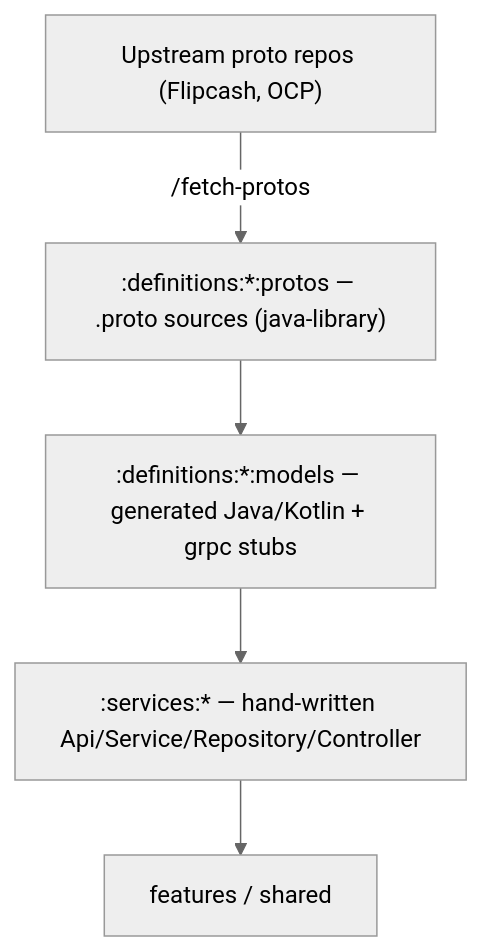
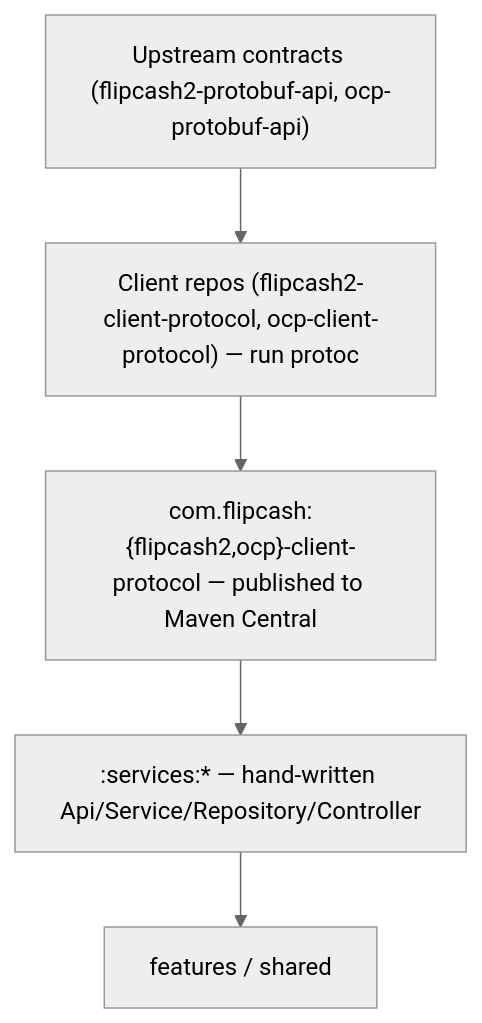
The diagram in docs/architecture/13-protobuf-and-codegen.md (code-payments/code-android-app), drawn with Mermaid (neutral theme) before and after one commit. The commit also changed other lines of this file and 62 other files, not shown here.

Commit message:
chore(definitions): delete the vendored protos and their codegen (#1326)

````diff
--- a/docs/architecture/13-protobuf-and-codegen.md
+++ b/docs/architecture/13-protobuf-and-codegen.md
@@ -8,10 +7,10 @@
 ```mermaid
 graph TD
-    Upstream["Upstream proto repos (Flipcash, OCP)"]
-    Protos[":definitions:*:protos — .proto sources (java-library)"]
-    Models[":definitions:*:models — generated Java/Kotlin + grpc stubs"]
+    Upstream["Upstream contracts (flipcash2-protobuf-api, ocp-protobuf-api)"]
+    Client["Client repos (flipcash2-client-protocol, ocp-client-protocol) — run protoc"]
+    Art["com.flipcash:{flipcash2,ocp}-client-protocol — published to Maven Central"]
     Wrap[":services:* — hand-written Api/Service/Repository/Controller"]
     Feat["features / shared"]
 
-    Upstream -->|/fetch-protos| Protos --> Models --> Wrap --> Feat
+    Upstream --> Client --> Art --> Wrap --> Feat
 ```
````
